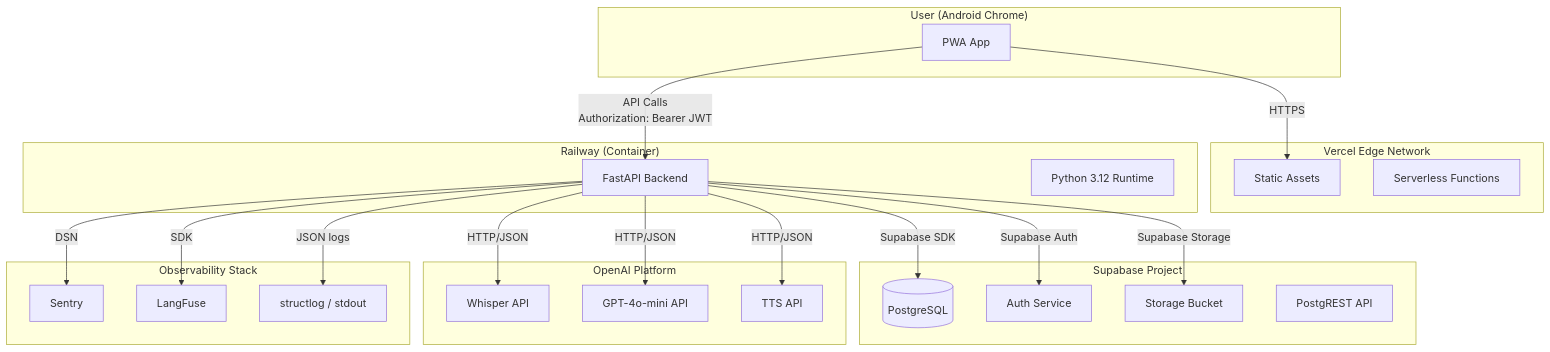
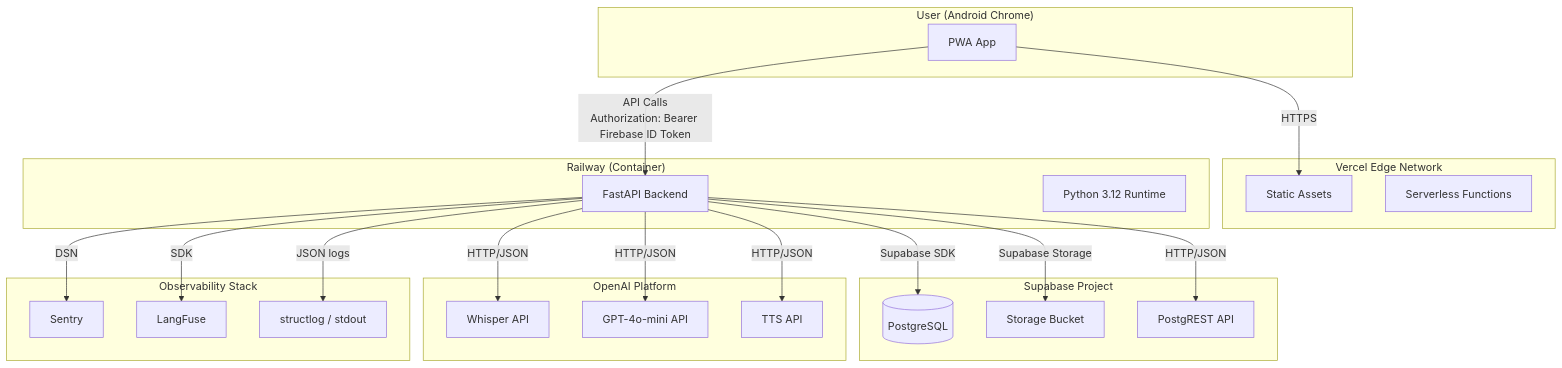
The seventh of 9 diagrams in docs/system-design.md (wszymilo/life-story-agent), drawn with Mermaid before and after one commit. The commit also changed other lines of this file and 6 other files, not shown here.

````diff
--- a/docs/system-design.md
+++ b/docs/system-design.md
@@ -475,47 +479,46 @@
 ```mermaid
 graph TB
     subgraph User["User (Android Chrome)"]
         A[PWA App]
     end
 
     subgraph Vercel["Vercel Edge Network"]
         B[Static Assets]
         C[Serverless Functions]
     end
 
     subgraph Railway["Railway (Container)"]
         D[FastAPI Backend]
         E[Python 3.12 Runtime]
     end
 
     subgraph Supabase["Supabase Project"]
         F[(PostgreSQL)]
-        G[Auth Service]
-        H[Storage Bucket]
-        I[PostgREST API]
+        G[Storage Bucket]
+        H[PostgREST API]
     end
 
     subgraph OpenAI["OpenAI Platform"]
         J[Whisper API]
         K[GPT-4o-mini API]
         L[TTS API]
     end
 
     subgraph Observability["Observability Stack"]
         M[Sentry]
         N[LangFuse]
         O[structlog / stdout]
     end
 
     A -->|HTTPS| B
-    A -->|API Calls<br/>Authorization: Bearer JWT| D
+    A -->|API Calls<br/>Authorization: Bearer Firebase ID Token| D
     D -->|Supabase SDK| F
-    D -->|Supabase Auth| G
-    D -->|Supabase Storage| H
+    D -->|Supabase Storage| G
+    D -->|HTTP/JSON| H
     D -->|HTTP/JSON| J
     D -->|HTTP/JSON| K
     D -->|HTTP/JSON| L
     D -->|DSN| M
     D -->|SDK| N
     D -->|JSON logs| O
 ```
````
